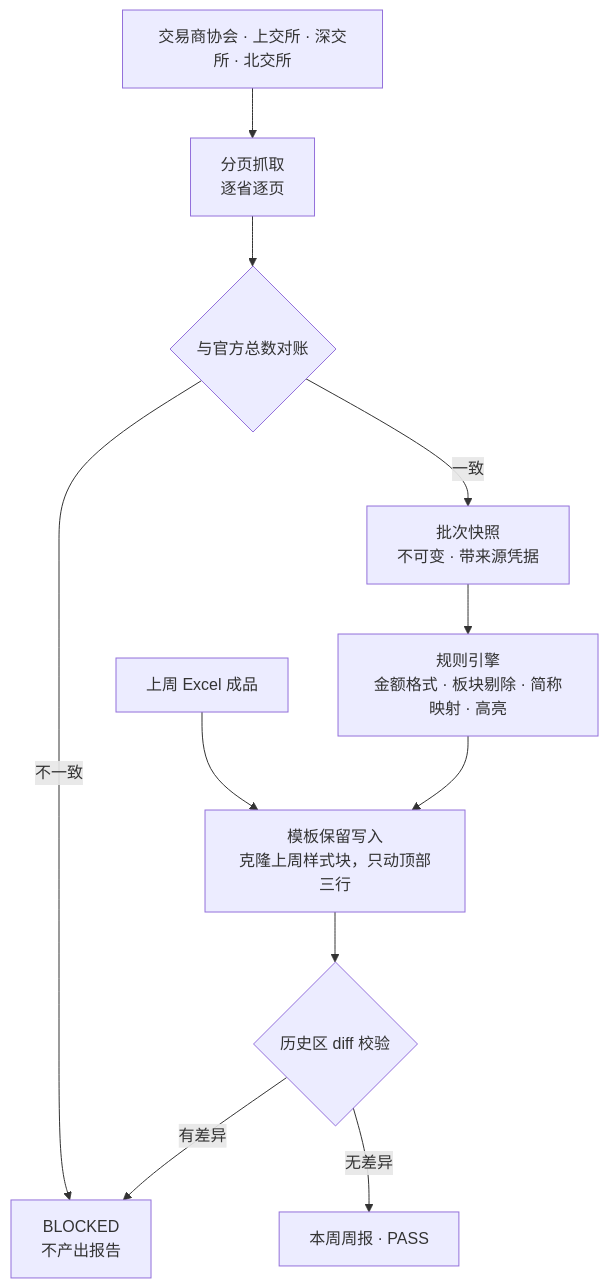
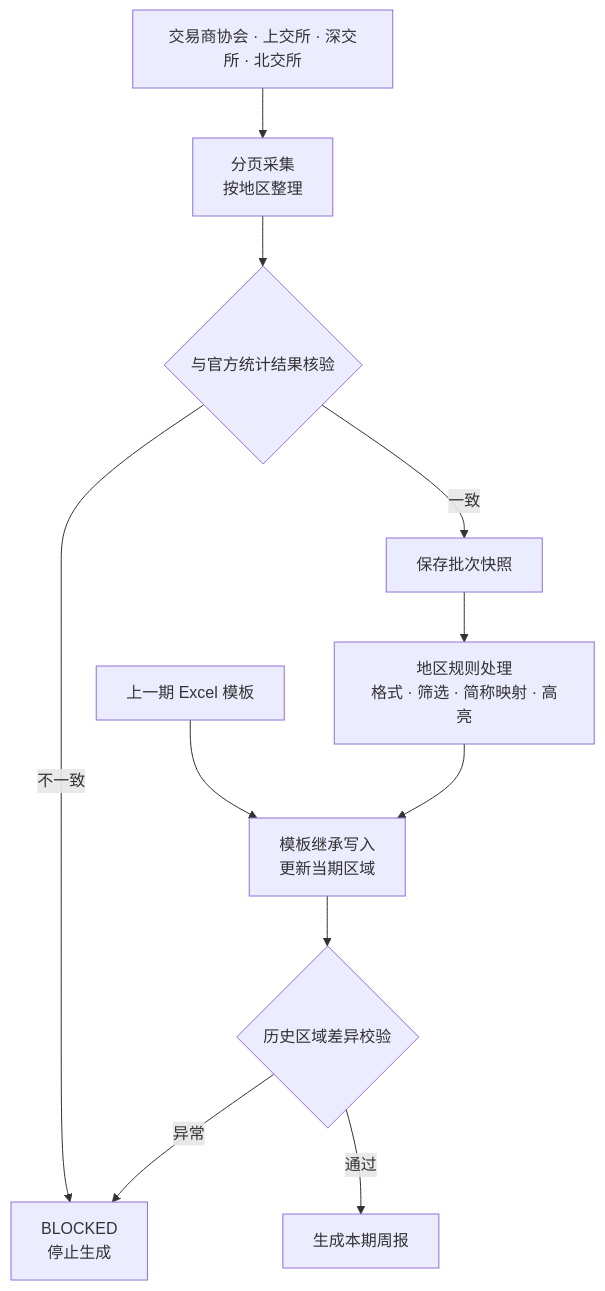
Before and after one commit to Simple-StayHungry/bond-weekly-automation: the diagram in README.md, drawn with Mermaid. The commit also changed other lines of this file, not shown here.

````diff
--- a/README.md
+++ b/README.md
@@ -45,13 +29,13 @@
 ```mermaid
 flowchart TD
-    A["交易商协会 · 上交所 · 深交所 · 北交所"] --> B["分页抓取<br/>逐省逐页"]
-    B --> C{"与官方总数对账"}
-    C -- "不一致" --> X["BLOCKED<br/>不产出报告"]
-    C -- "一致" --> D["批次快照<br/>不可变 · 带来源凭据"]
-    D --> E["规则引擎<br/>金额格式 · 板块剔除 · 简称映射 · 高亮"]
-    F["上周 Excel 成品"] --> G["模板保留写入<br/>克隆上周样式块，只动顶部三行"]
+    A["交易商协会 · 上交所 · 深交所 · 北交所"] --> B["分页采集<br/>按地区整理"]
+    B --> C{"与官方统计结果核验"}
+    C -- "不一致" --> X["BLOCKED<br/>停止生成"]
+    C -- "一致" --> D["保存批次快照"]
+    D --> E["地区规则处理<br/>格式 · 筛选 · 简称映射 · 高亮"]
+    F["上一期 Excel 模板"] --> G["模板继承写入<br/>更新当期区域"]
     E --> G
-    G --> H{"历史区 diff 校验"}
-    H -- "有差异" --> X
-    H -- "无差异" --> I["本周周报 · PASS"]
+    G --> H{"历史区域差异校验"}
+    H -- "异常" --> X
+    H -- "通过" --> I["生成本期周报"]
 ```
````
